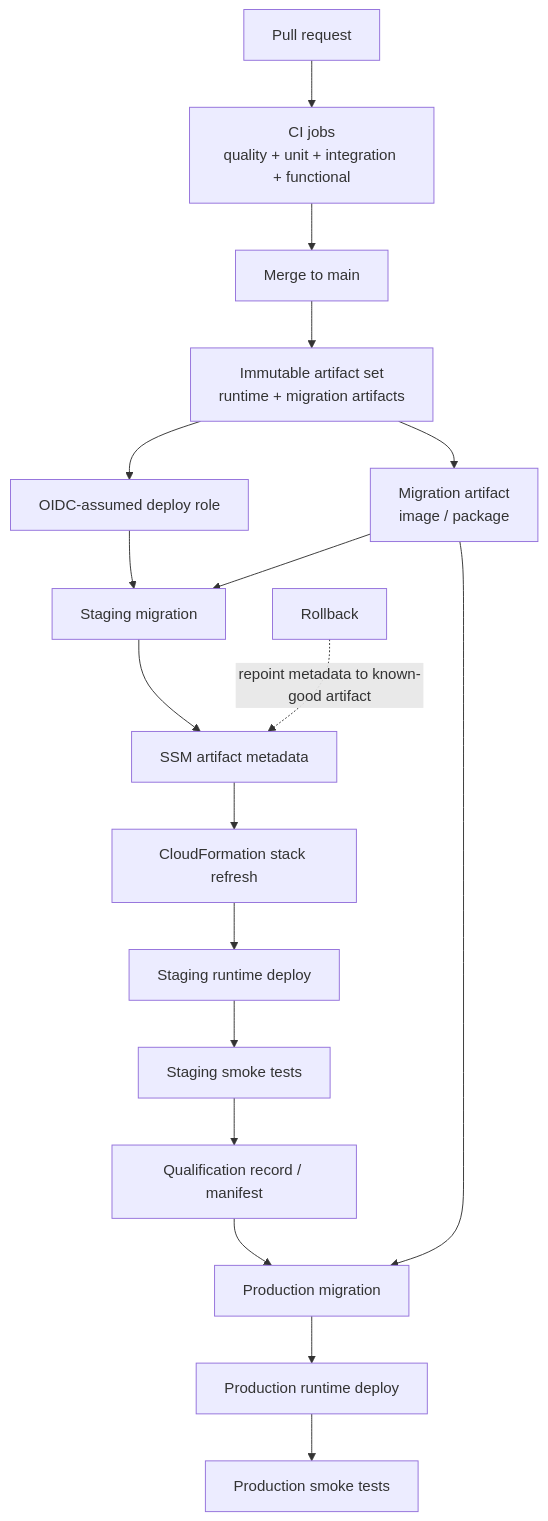
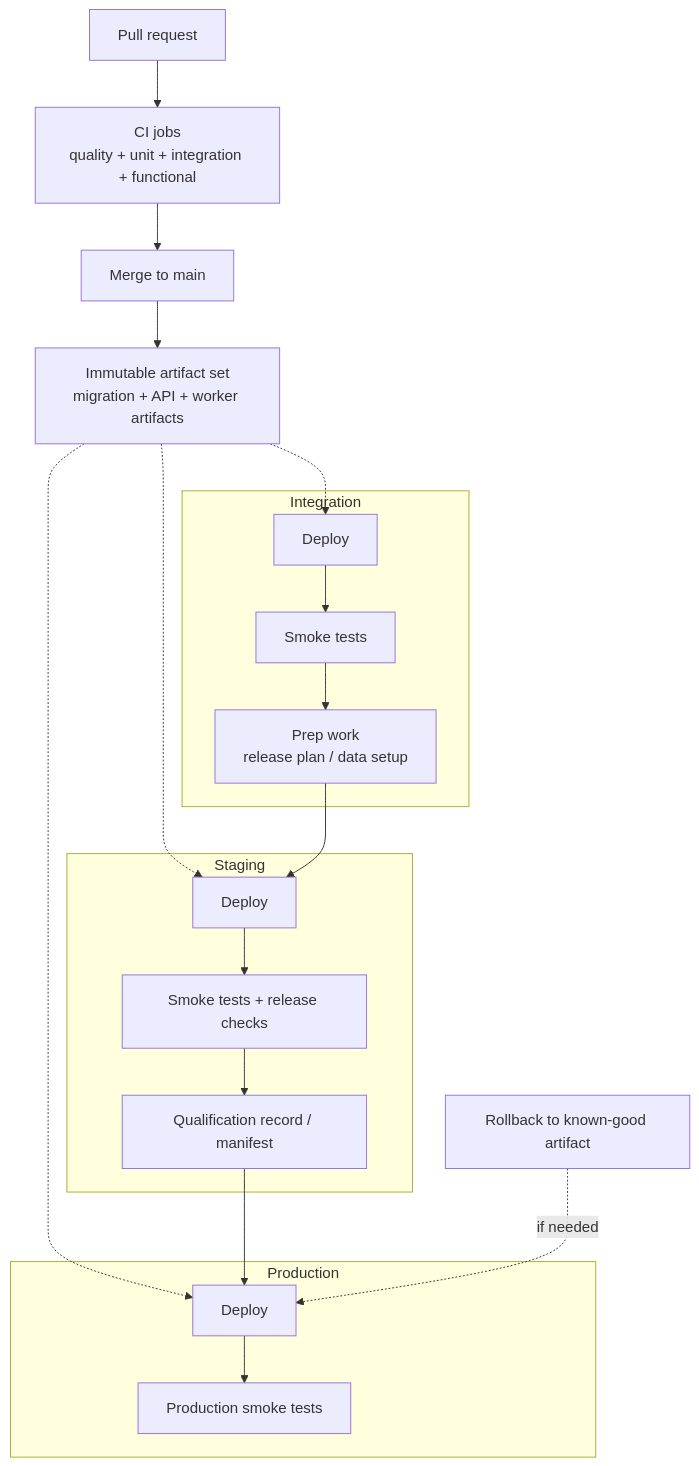
Before and after one commit to mjgp2/aws-backend-services-guidelines: the first of 2 diagrams in delivery.md, drawn with Mermaid. The commit also changed other lines of this file and 2 other files, not shown here.

Commit message:
Update delivery guide to include integration and be explicit about cf stack split

````diff
--- a/delivery.md
+++ b/delivery.md
@@ -9,38 +9,38 @@
 ```mermaid
 flowchart TD
     pr["Pull request"]
     ci["CI jobs<br/>quality + unit + integration + functional"]
     merge["Merge to main"]
-    artifact["Immutable artifact set<br/>runtime + migration artifacts"]
-    migr["Migration artifact<br/>image / package"]
-    stage_migr["Staging migration"]
-    stage["Staging runtime deploy"]
-    smoke["Staging smoke tests"]
-    manifest["Qualification record / manifest"]
-    prod_migr["Production migration"]
-    prod["Production runtime deploy"]
-    prodsmoke["Production smoke tests"]
-    rollback["Rollback"]
-    oidc["OIDC-assumed deploy role"]
-    ssm["SSM artifact metadata"]
-    cfn["CloudFormation stack refresh"]
+    artifacts["Immutable artifact set<br/>migration + API + worker artifacts"]
+    rollback["Rollback to known-good artifact"]
+
+    subgraph integration["Integration"]
+      integ["Deploy"]
+      int_smoke["Smoke tests"]
+      prep["Prep work<br/>release plan / data setup"]
+      integ --> int_smoke --> prep
+    end
+
+    subgraph staging["Staging"]
+      stage["Deploy"]
+      smoke["Smoke tests + release checks"]
+      manifest["Qualification record / manifest"]
+      stage --> smoke --> manifest
+    end
+
+    subgraph production["Production"]
+      prod["Deploy"]
+      prodsmoke["Production smoke tests"]
+      prod --> prodsmoke
+    end
 
     pr --> ci
     ci --> merge
-    merge --> artifact
-    artifact --> migr
-    artifact --> oidc
-    oidc --> stage_migr
-    migr --> stage_migr
-    stage_migr --> ssm
-    ssm --> cfn
-    cfn --> stage
-    stage --> smoke
-    smoke --> manifest
-    manifest --> prod_migr
-    migr --> prod_migr
-    prod_migr --> prod
-    prod --> prodsmoke
-
-    rollback -. "repoint metadata to known-good artifact" .-> ssm
+    merge --> artifacts
+    artifacts -.-> integ
+    artifacts -.-> stage
+    artifacts -.-> prod
+    prep --> stage
+    manifest --> prod
+    rollback -. "if needed" .-> prod
 ```
````
